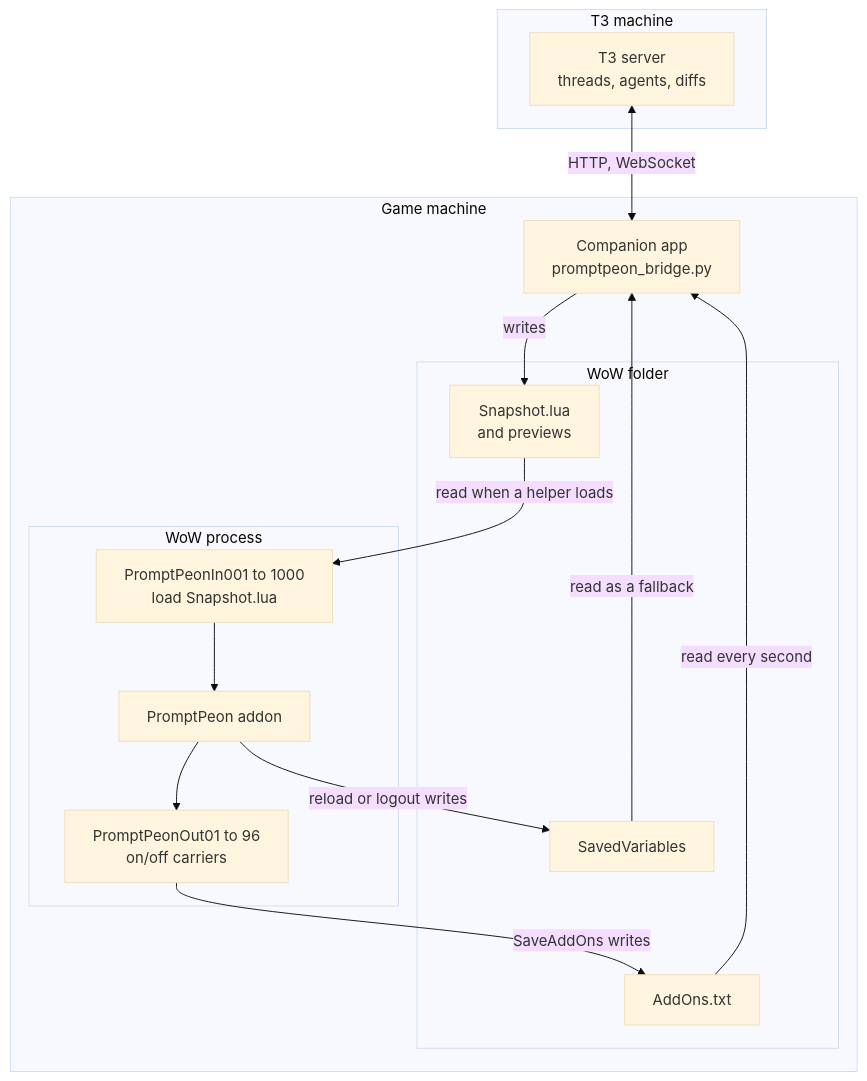
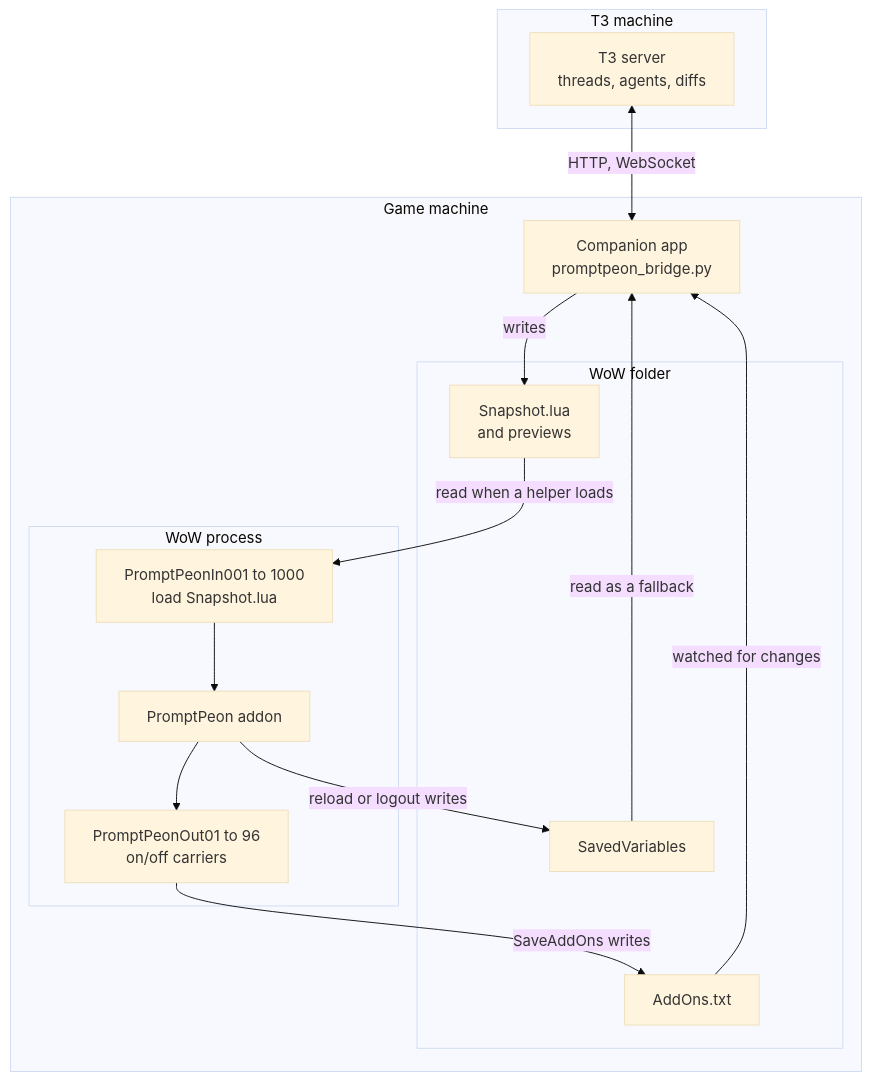
One commit to svenmeys/prompt-peon changed the first of 3 diagrams in docs/ARCHITECTURE.md. Above: the diagram before and after it, drawn with Mermaid (base theme). The commit also changed other lines of this file and 59 other files, not shown here.

````diff
--- a/docs/ARCHITECTURE.md
+++ b/docs/ARCHITECTURE.md
@@ -13,28 +13,28 @@
 ```mermaid
 flowchart TB
     subgraph t3m["T3 machine"]
         T3["T3 server<br/>threads, agents, diffs"]
     end
     subgraph gm["Game machine"]
         App["Companion app<br/>promptpeon_bridge.py"]
         subgraph folder["WoW folder"]
             Snapshot["Snapshot.lua<br/>and previews"]
             Txt["AddOns.txt"]
             SV["SavedVariables"]
         end
         subgraph wow["WoW process"]
             Addon["PromptPeon addon"]
             In["PromptPeonIn001 to 1000<br/>load Snapshot.lua"]
             Out["PromptPeonOut01 to 96<br/>on/off carriers"]
         end
     end
     T3 <-- "HTTP, WebSocket" --> App
     App -- "writes" --> Snapshot
     Snapshot -- "read when a helper loads" --> In
     In --> Addon
     Addon --> Out
     Out -- "SaveAddOns writes" --> Txt
     Addon -- "reload or logout writes" --> SV
-    Txt -- "read every second" --> App
+    Txt -- "watched for changes" --> App
     SV -- "read as a fallback" --> App
 ```
````
